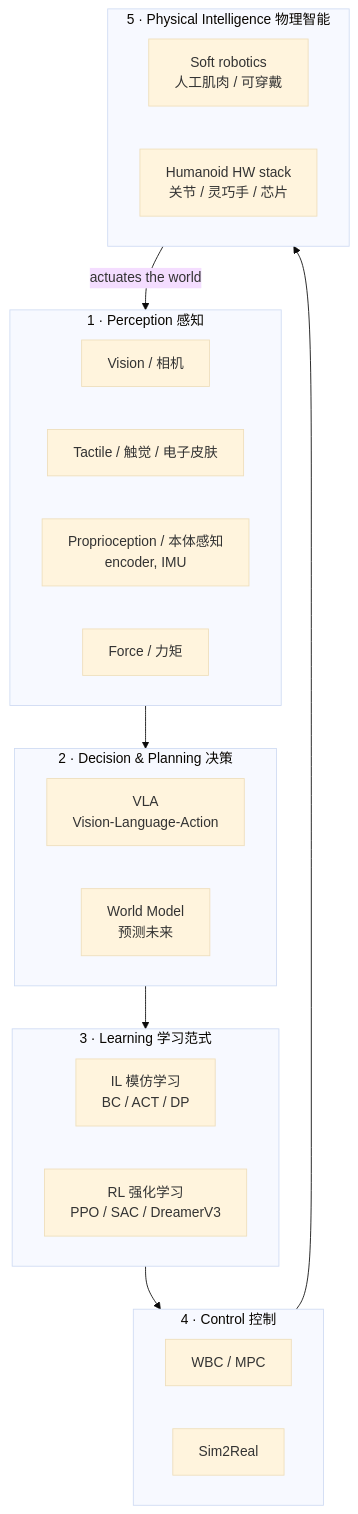
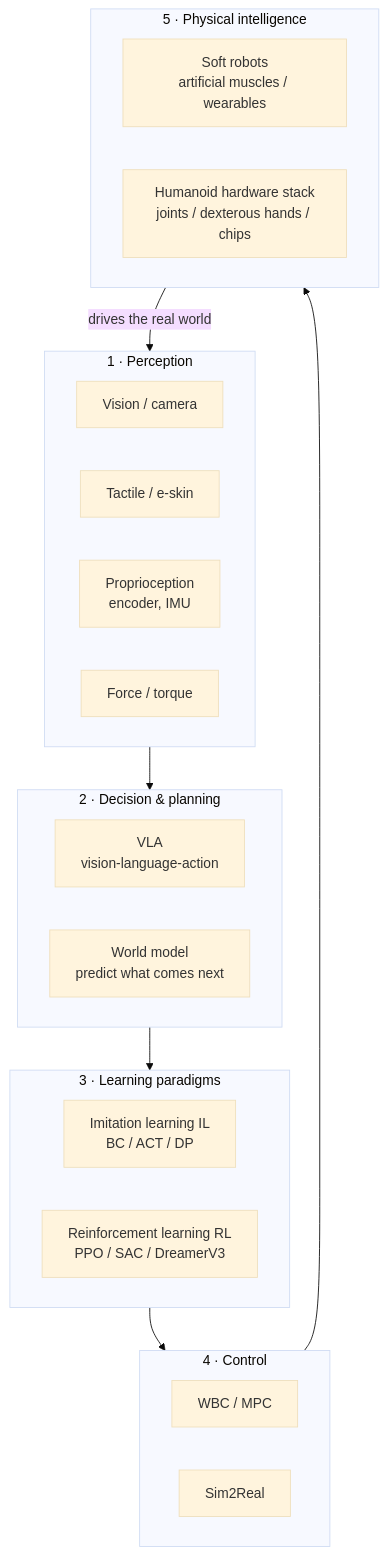
The second of 2 diagrams in study-log/2026-08-15-Embodied-Intelligence-Definition-and-Research-Landscape-en.md (zizhengwang2026/Embodied-Intelligence-Learning), drawn with Mermaid (base theme) before and after one commit. The commit also changed other lines of this file and 1 other file, not shown here.

````diff
--- a/study-log/2026-08-15-Embodied-Intelligence-Definition-and-Research-Landscape-en.md
+++ b/study-log/2026-08-15-Embodied-Intelligence-Definition-and-Research-Landscape-en.md
@@ -91,27 +105,27 @@
 ```mermaid
 flowchart TD
-    subgraph SENSE[1 · Perception 感知]
-        V[Vision / 相机]
-        T[Tactile / 触觉 / 电子皮肤]
-        P2[Proprioception / 本体感知<br>encoder, IMU]
-        F[Force / 力矩]
+    subgraph SENSE[1 · Perception]
+        V[Vision / camera]
+        T[Tactile / e-skin]
+        P2[Proprioception<br>encoder, IMU]
+        F[Force / torque]
     end
-    subgraph DECIDE[2 · Decision & Planning 决策]
-        VLA[VLA<br>Vision-Language-Action]
-        WM[World Model<br>预测未来]
+    subgraph DECIDE[2 · Decision & planning]
+        VLA[VLA<br>vision-language-action]
+        WM[World model<br>predict what comes next]
     end
-    subgraph LEARN[3 · Learning 学习范式]
-        IL[IL 模仿学习<br>BC / ACT / DP]
-        RL[RL 强化学习<br>PPO / SAC / DreamerV3]
+    subgraph LEARN[3 · Learning paradigms]
+        IL[Imitation learning IL<br>BC / ACT / DP]
+        RL[Reinforcement learning RL<br>PPO / SAC / DreamerV3]
     end
-    subgraph CONTROL[4 · Control 控制]
+    subgraph CONTROL[4 · Control]
         WBC[WBC / MPC]
         SR[Sim2Real]
     end
-    subgraph BODY[5 · Physical Intelligence 物理智能]
-        SOFT[Soft robotics<br>人工肌肉 / 可穿戴]
-        HW[Humanoid HW stack<br>关节 / 灵巧手 / 芯片]
+    subgraph BODY[5 · Physical intelligence]
+        SOFT[Soft robots<br>artificial muscles / wearables]
+        HW[Humanoid hardware stack<br>joints / dexterous hands / chips]
     end
     SENSE --> DECIDE --> LEARN --> CONTROL --> BODY
-    BODY -->|actuates the world| SENSE
+    BODY -->|drives the real world| SENSE
 ```
````
